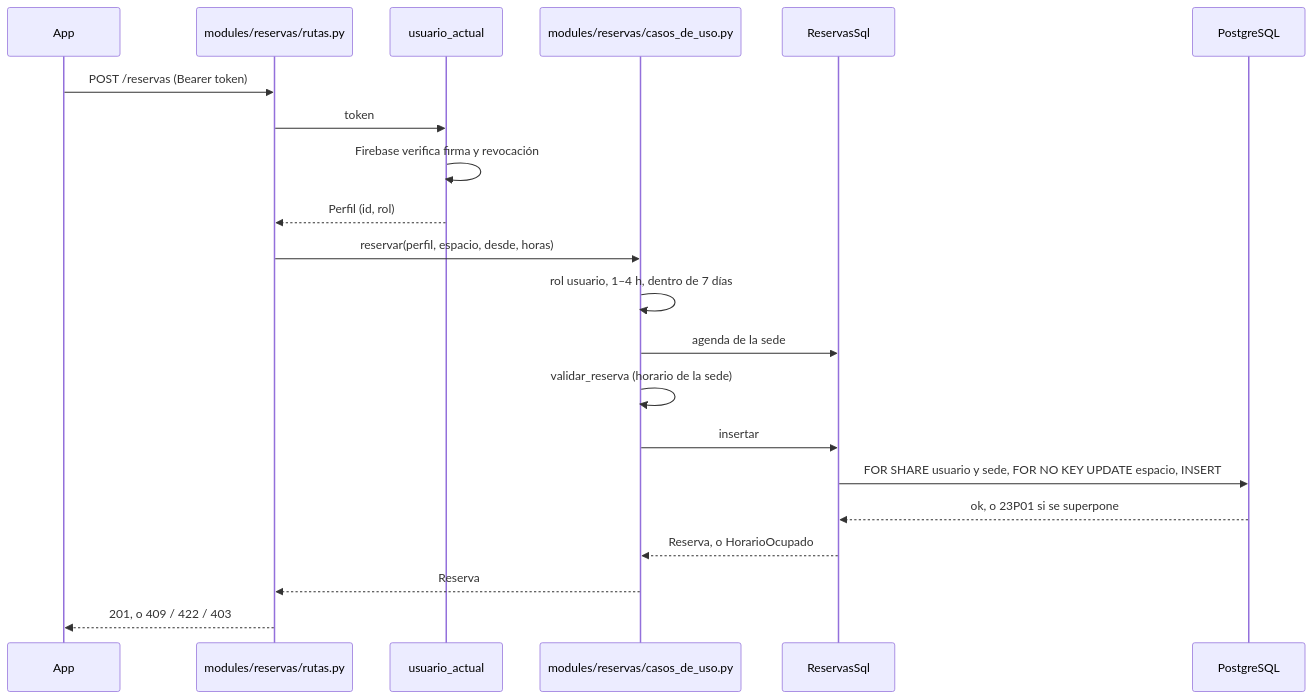
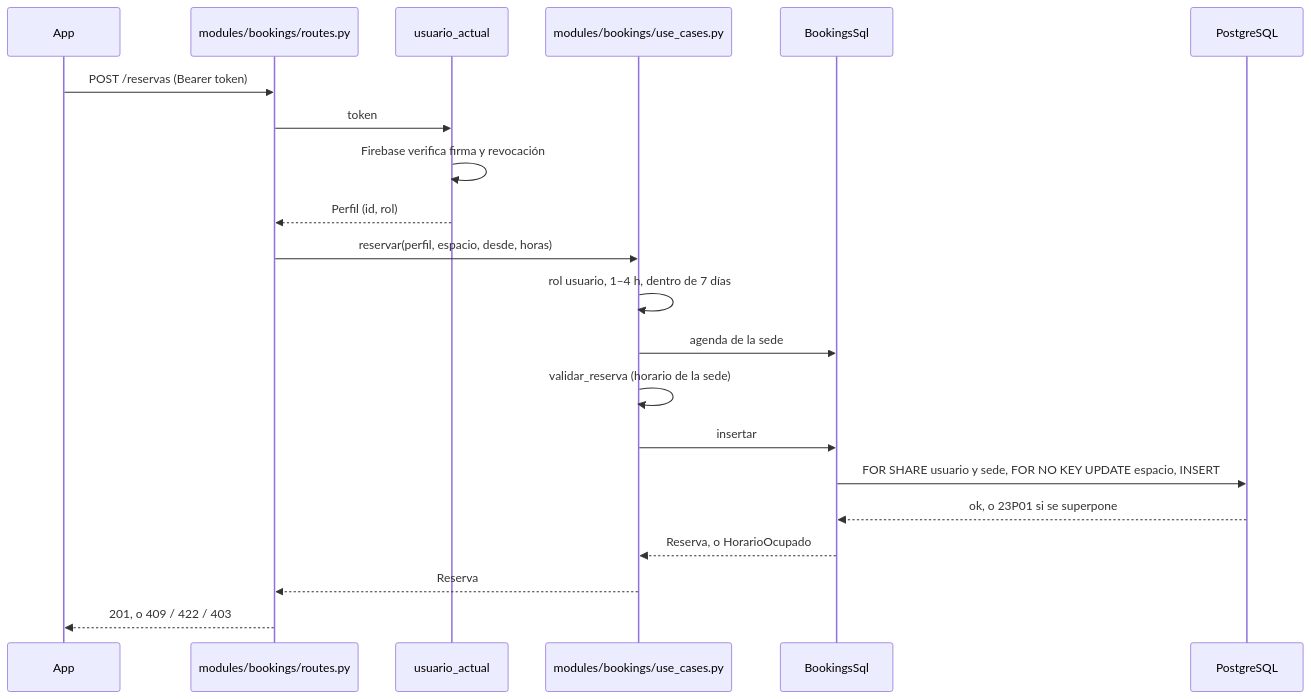
One commit to NahuelMosse/ClubNahuelMosse changed the third of 7 diagrams in docs/technical/arquitectura.md. Above: the diagram before and after it, drawn with Mermaid. The commit also changed other lines of this file and 35 other files, not shown here.

Commit message:
ENG-05: el módulo de reservas pasa a bookings, en inglés

````diff
--- a/docs/technical/arquitectura.md
+++ b/docs/technical/arquitectura.md
@@ -96,23 +96,23 @@
 ```mermaid
 sequenceDiagram
   participant App
-  participant Ruta as modules/reservas/rutas.py
+  participant Ruta as modules/bookings/routes.py
   participant Auth as usuario_actual
-  participant CU as modules/reservas/casos_de_uso.py
-  participant Repo as ReservasSql
+  participant CU as modules/bookings/use_cases.py
+  participant Repo as BookingsSql
   participant PG as PostgreSQL
   App->>Ruta: POST /reservas (Bearer token)
   Ruta->>Auth: token
   Auth->>Auth: Firebase verifica firma y revocación
   Auth-->>Ruta: Perfil (id, rol)
   Ruta->>CU: reservar(perfil, espacio, desde, horas)
   CU->>CU: rol usuario, 1–4 h, dentro de 7 días
   CU->>Repo: agenda de la sede
   CU->>CU: validar_reserva (horario de la sede)
   CU->>Repo: insertar
   Repo->>PG: FOR SHARE usuario y sede, FOR NO KEY UPDATE espacio, INSERT
   PG-->>Repo: ok, o 23P01 si se superpone
   Repo-->>CU: Reserva, o HorarioOcupado
   CU-->>Ruta: Reserva
   Ruta-->>App: 201, o 409 / 422 / 403
 ```
````
